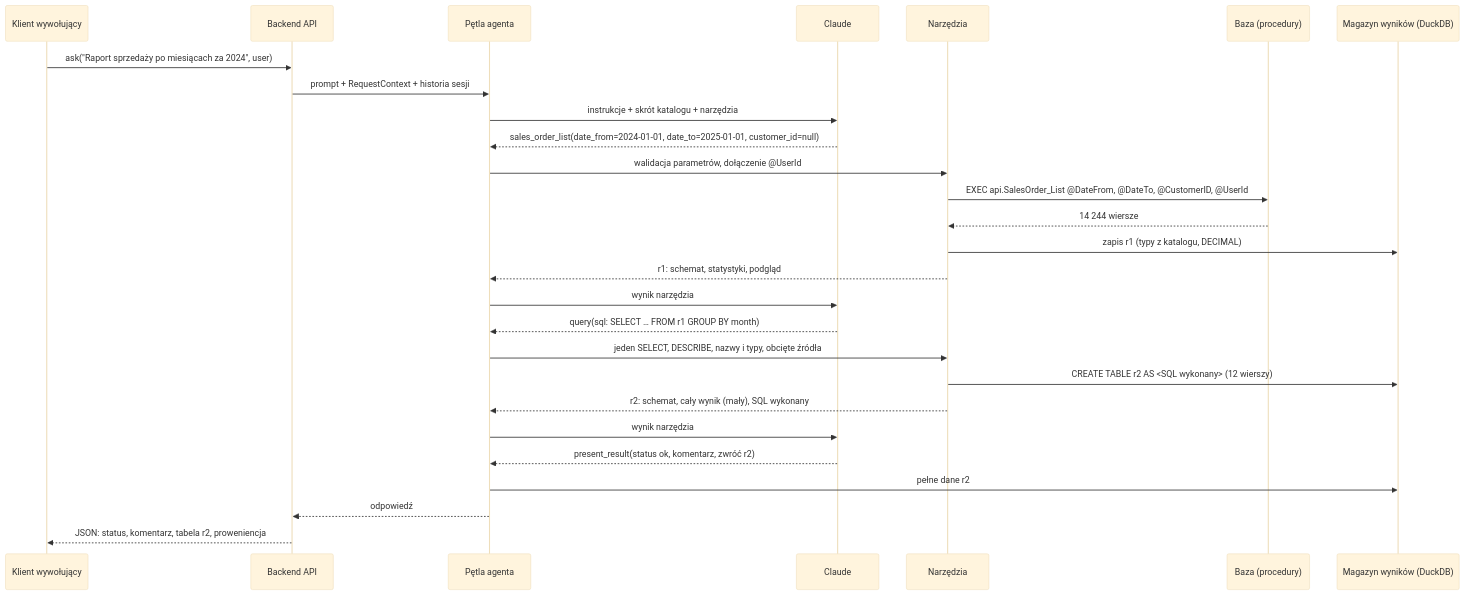
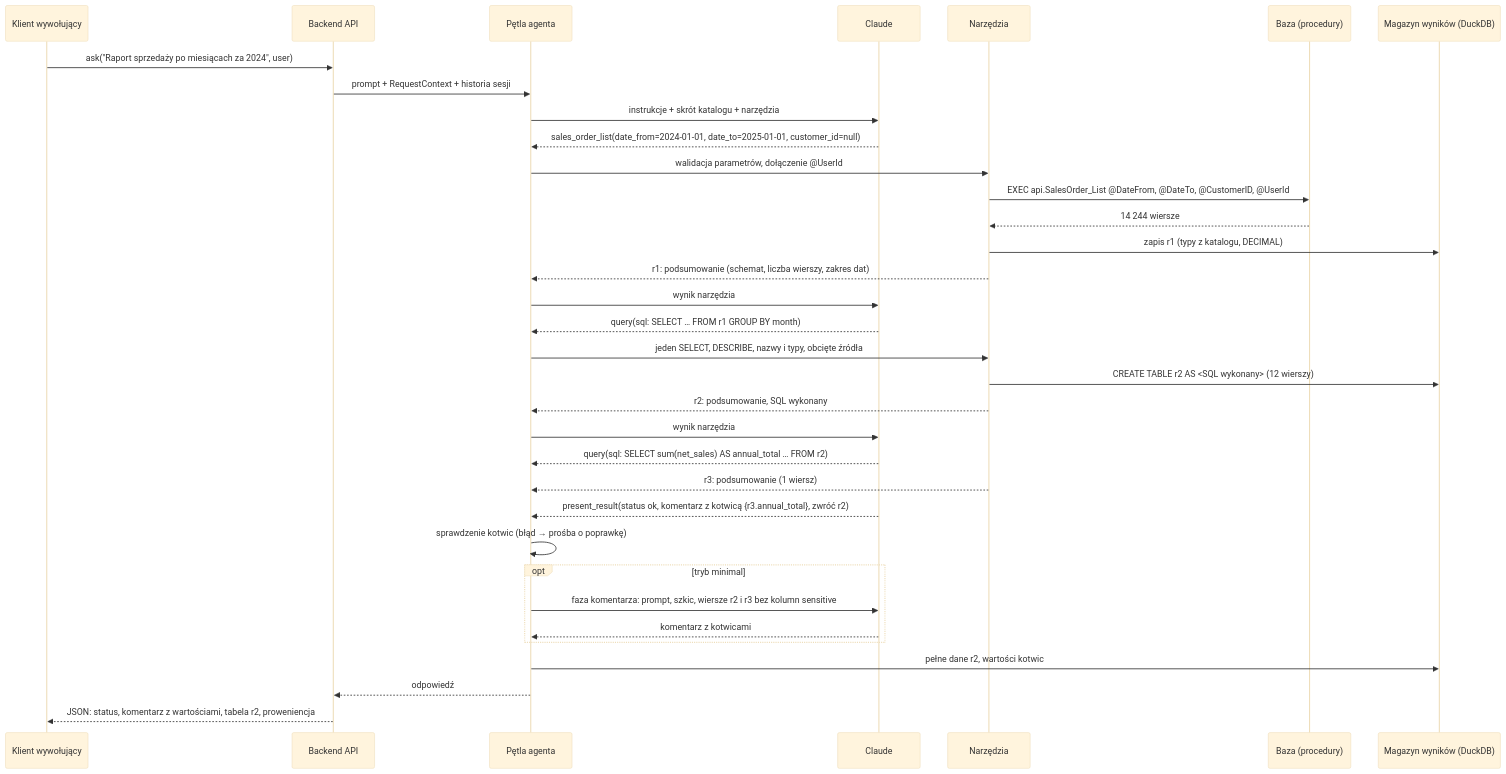
Before and after one commit to Pigula1984/data-concierge: the second of 2 diagrams in docs/architecture/001-architektura-data-concierge.md, drawn with Mermaid (base theme). The commit also changed other lines of this file and 11 other files, not shown here.

````diff
--- a/docs/architecture/001-architektura-data-concierge.md
+++ b/docs/architecture/001-architektura-data-concierge.md
@@ -519,30 +528,37 @@
 ```mermaid
 sequenceDiagram
     participant C as Klient wywołujący
     participant API as Backend API
     participant A as Pętla agenta
     participant M as Claude
     participant T as Narzędzia
     participant DB as Baza (procedury)
     participant RS as Magazyn wyników (DuckDB)
 
     C->>API: ask("Raport sprzedaży po miesiącach za 2024", user)
     API->>A: prompt + RequestContext + historia sesji
     A->>M: instrukcje + skrót katalogu + narzędzia
     M-->>A: sales_order_list(date_from=2024-01-01, date_to=2025-01-01, customer_id=null)
     A->>T: walidacja parametrów, dołączenie @UserId
     T->>DB: EXEC api.SalesOrder_List @DateFrom, @DateTo, @CustomerID, @UserId
     DB-->>T: 14 244 wiersze
     T->>RS: zapis r1 (typy z katalogu, DECIMAL)
-    T-->>A: r1: schemat, statystyki, podgląd
+    T-->>A: r1: podsumowanie (schemat, liczba wierszy, zakres dat)
     A->>M: wynik narzędzia
     M-->>A: query(sql: SELECT … FROM r1 GROUP BY month)
     A->>T: jeden SELECT, DESCRIBE, nazwy i typy, obcięte źródła
     T->>RS: CREATE TABLE r2 AS <SQL wykonany> (12 wierszy)
-    T-->>A: r2: schemat, cały wynik (mały), SQL wykonany
+    T-->>A: r2: podsumowanie, SQL wykonany
     A->>M: wynik narzędzia
-    M-->>A: present_result(status ok, komentarz, zwróć r2)
-    A->>RS: pełne dane r2
+    M-->>A: query(sql: SELECT sum(net_sales) AS annual_total … FROM r2)
+    T-->>A: r3: podsumowanie (1 wiersz)
+    M-->>A: present_result(status ok, komentarz z kotwicą {r3.annual_total}, zwróć r2)
+    A->>A: sprawdzenie kotwic (błąd → prośba o poprawkę)
+    opt tryb minimal
+        A->>M: faza komentarza: prompt, szkic, wiersze r2 i r3 bez kolumn sensitive
+        M-->>A: komentarz z kotwicami
+    end
+    A->>RS: pełne dane r2, wartości kotwic
     A-->>API: odpowiedź
-    API-->>C: JSON: status, komentarz, tabela r2, proweniencja
+    API-->>C: JSON: status, komentarz z wartościami, tabela r2, proweniencja
 ```
````
